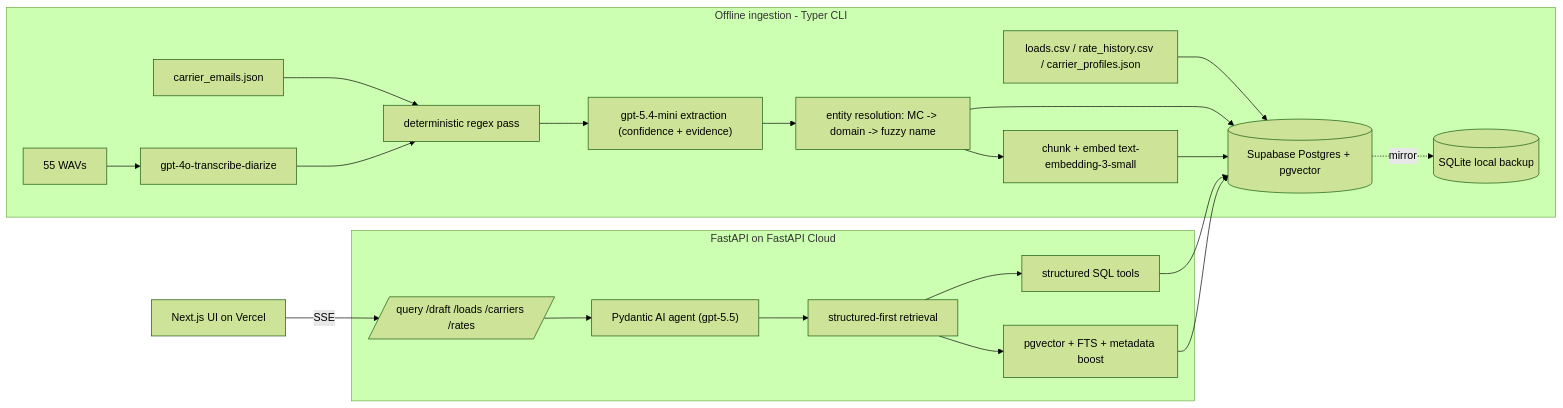
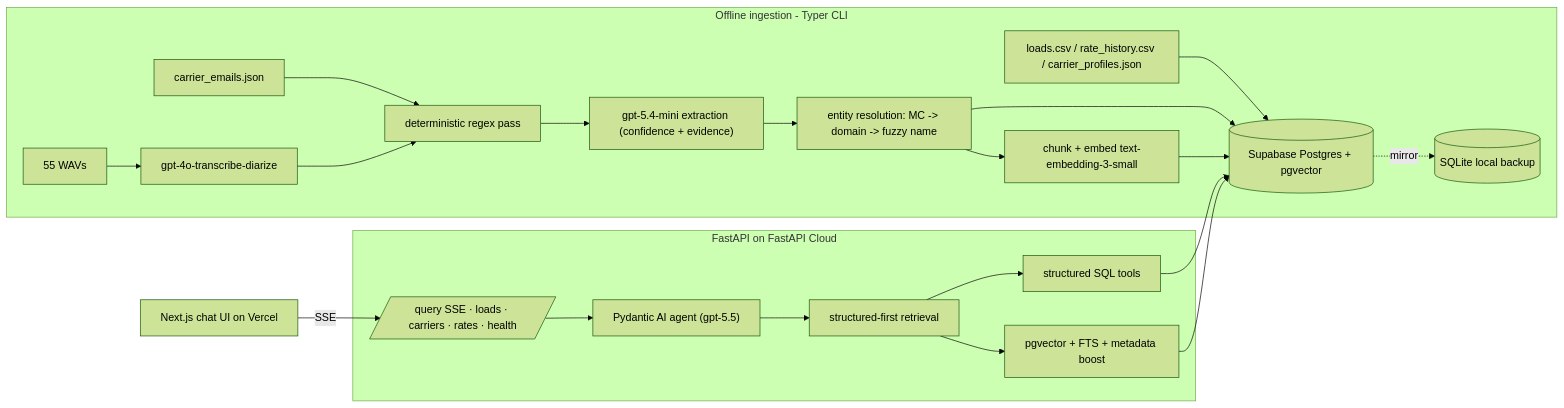
One commit to mohith2017/freight-carrier-agent changed the diagram in README.md. Above: the diagram before and after it, drawn with Mermaid (forest theme). The commit also changed other lines of this file and 2 other files, not shown here.

Commit message:
docs: document P4 API/UI run steps and backend-at-root layout (D21)

````diff
--- a/README.md
+++ b/README.md
@@ -20,21 +20,21 @@
 ```mermaid
 flowchart LR
   subgraph ingest [Offline ingestion - Typer CLI]
     emails[carrier_emails.json] --> det[deterministic regex pass]
     wavs[55 WAVs] --> stt["gpt-4o-transcribe-diarize"] --> det
     det --> ext["gpt-5.4-mini extraction (confidence + evidence)"]
     ext --> rec[entity resolution: MC -> domain -> fuzzy name]
     structured[loads.csv / rate_history.csv / carrier_profiles.json] --> pg
     rec --> pg[(Supabase Postgres + pgvector)]
     rec --> chunks[chunk + embed text-embedding-3-small] --> pg
     pg -. mirror .-> sqlite[(SQLite local backup)]
   end
   subgraph backend [FastAPI on FastAPI Cloud]
-    api[/query /draft /loads /carriers /rates/]
+    api[/query SSE · loads · carriers · rates · health/]
     agent["Pydantic AI agent (gpt-5.5)"] --> router[structured-first retrieval]
     api --> agent
     router --> sql[structured SQL tools] --> pg
     router --> vec[pgvector + FTS + metadata boost] --> pg
   end
-  ui[Next.js UI on Vercel] -->|SSE| api
+  ui[Next.js chat UI on Vercel] -->|SSE| api
 ```
````
